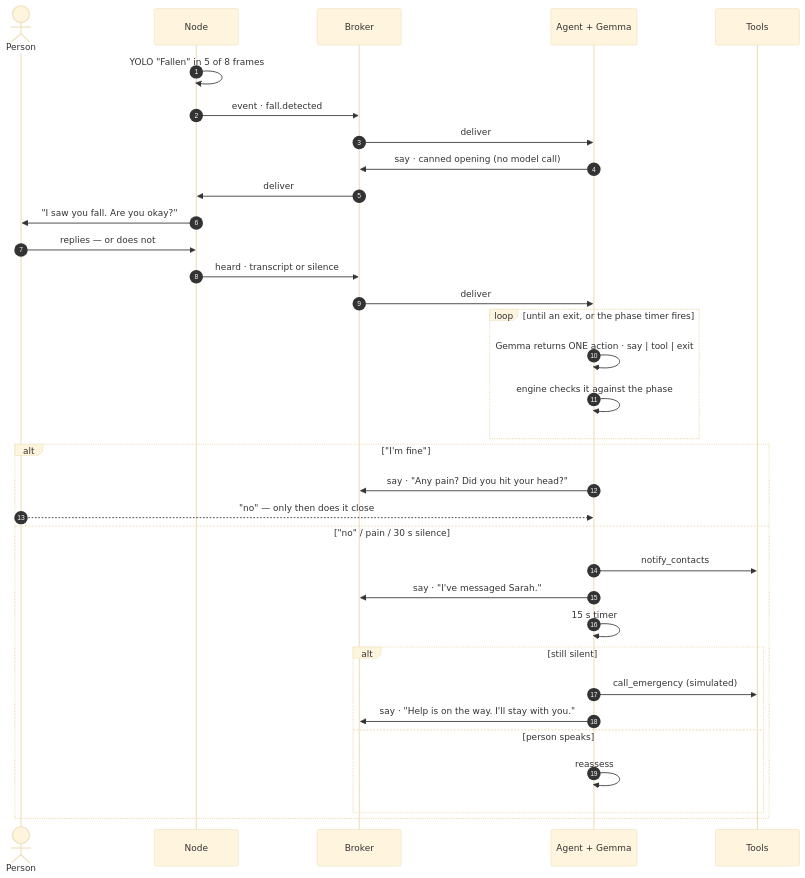
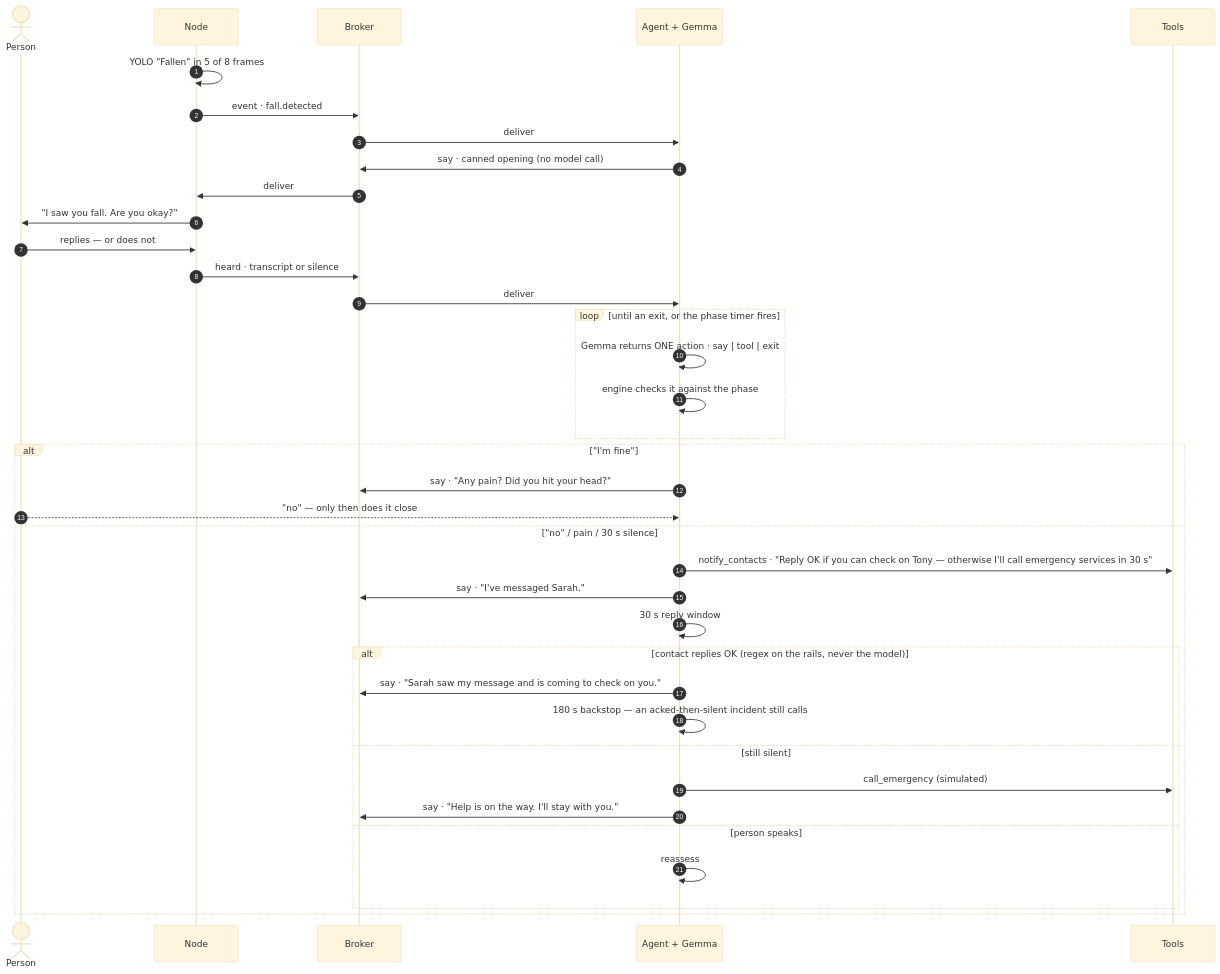
Before and after one commit to qnethome2026-oss/QNet-Home: the second of 4 diagrams in docs/DESIGN.md, drawn with Mermaid (base theme). The commit also changed other lines of this file and 2 other files, not shown here.

First line of the commit message:
README: real Setup/Usage; docs synced with contact-ack + find rails

````diff
--- a/docs/DESIGN.md
+++ b/docs/DESIGN.md
@@ -68,39 +68,42 @@
 ```mermaid
 sequenceDiagram
     autonumber
     actor P as Person
     participant N as Node
     participant B as Broker
     participant A as Agent + Gemma
     participant T as Tools
 
     N->>N: YOLO "Fallen" in 5 of 8 frames
     N->>B: event · fall.detected
     B->>A: deliver
     A->>B: say · canned opening (no model call)
     B->>N: deliver
     N->>P: "I saw you fall. Are you okay?"
     P->>N: replies — or does not
     N->>B: heard · transcript or silence
     B->>A: deliver
 
     loop until an exit, or the phase timer fires
         A->>A: Gemma returns ONE action · say | tool | exit
         A->>A: engine checks it against the phase
     end
 
     alt "I'm fine"
         A->>B: say · "Any pain? Did you hit your head?"
         P-->>A: "no" — only then does it close
     else "no" / pain / 30 s silence
-        A->>T: notify_contacts
+        A->>T: notify_contacts · "Reply OK if you can check on Tony — otherwise I'll call emergency services in 30 s"
         A->>B: say · "I've messaged Sarah."
-        A->>A: 15 s timer
-        alt still silent
+        A->>A: 30 s reply window
+        alt contact replies OK (regex on the rails, never the model)
+            A->>B: say · "Sarah saw my message and is coming to check on you."
+            A->>A: 180 s backstop — an acked-then-silent incident still calls
+        else still silent
             A->>T: call_emergency (simulated)
             A->>B: say · "Help is on the way. I'll stay with you."
         else person speaks
             A->>A: reassess
         end
     end
 ```
````
